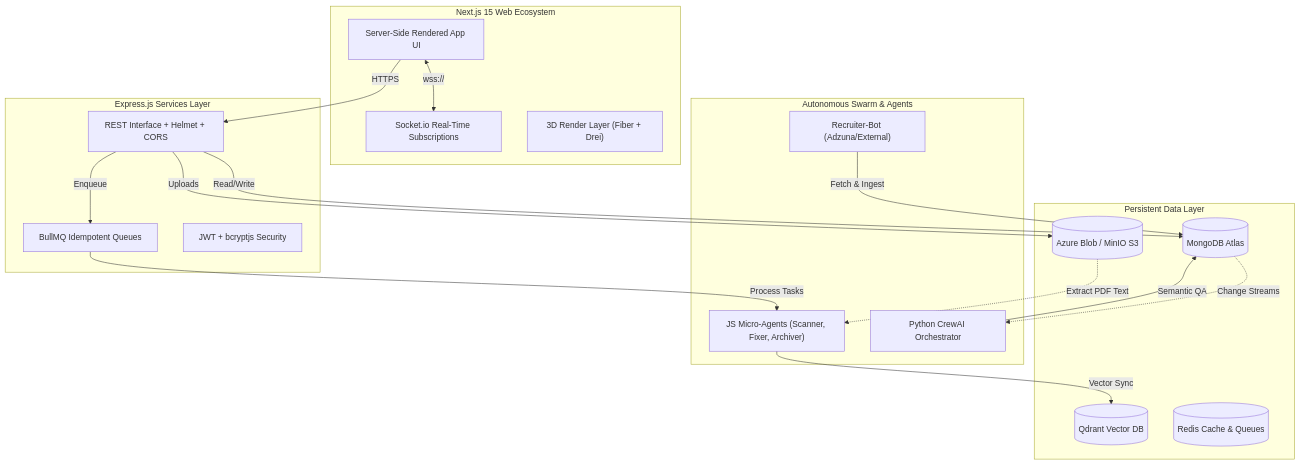
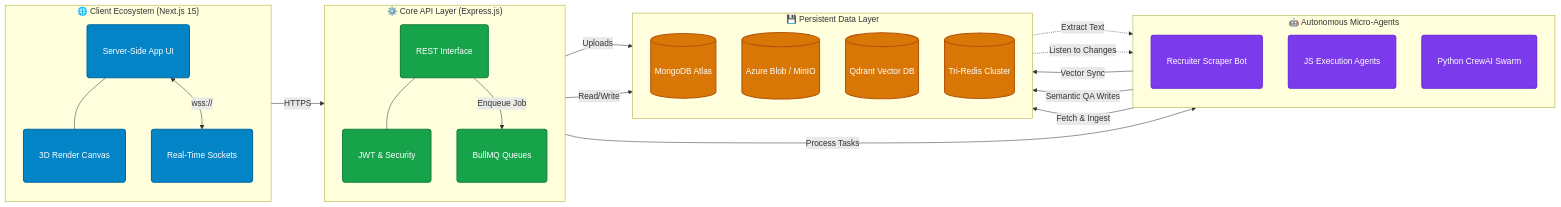
One commit to soumik2441139/hackathon changed the first of 2 diagrams in README.md. Above: the diagram before and after it, drawn with Mermaid.

Commit message:
docs: overhaul main architecture diagram to LR flow with visual spatial grouping

````diff
--- a/README.md
+++ b/README.md
@@ -33,39 +33,56 @@
 ```mermaid
-graph TD
-    subgraph Client ["Next.js 15 Web Ecosystem"]
-        Frontend["Server-Side Rendered App UI"]
-        WebSocket["Socket.io Real-Time Subscriptions"]
-        ThreeJS["3D Render Layer (Fiber + Drei)"]
+flowchart LR
+    %% Aesthetics
+    classDef client fill:#0284c7,stroke:#0369a1,stroke-width:2px,color:#fff,rx:5px,padding:10px;
+    classDef backend fill:#16a34a,stroke:#15803d,stroke-width:2px,color:#fff,rx:5px,padding:10px;
+    classDef storage fill:#d97706,stroke:#b45309,stroke-width:2px,color:#fff,rx:5px,padding:10px;
+    classDef swarm fill:#7c3aed,stroke:#6d28d9,stroke-width:2px,color:#fff,rx:5px,padding:10px;
+
+    subgraph Client ["🌐 Client Ecosystem (Next.js 15)"]
+        direction TB
+        UI["Server-Side App UI"]:::client
+        WS["Real-Time Sockets"]:::client
+        Three["3D Render Canvas"]:::client
+        UI --- Three
+        UI <-->|"wss://"| WS
     end
 
-    subgraph Backend ["Express.js Services Layer"]
-        API["REST Interface + Helmet + CORS"]
-        BullMQ["BullMQ Idempotent Queues"]
-        Auth["JWT + bcryptjs Security"]
+    subgraph Backend ["⚙️ Core API Layer (Express.js)"]
+        direction TB
+        API["REST Interface"]:::backend
+        Auth["JWT & Security"]:::backend
+        Queue["BullMQ Queues"]:::backend
+        API --- Auth
     end
 
-    subgraph Swarm ["Autonomous Swarm & Agents"]
-        JSBots["JS Micro-Agents (Scanner, Fixer, Archiver)"]
-        CrewAI["Python CrewAI Orchestrator"]
-        Recruiter["Recruiter-Bot (Adzuna/External)"]
+    subgraph Swarm ["🤖 Autonomous Micro-Agents"]
+        direction TB
+        Recruiter["Recruiter Scraper Bot"]:::swarm
+        JSBots["JS Execution Agents"]:::swarm
+        CrewAI["Python CrewAI Swarm"]:::swarm
     end
 
-    subgraph Storage ["Persistent Data Layer"]
-        Mongo[(MongoDB Atlas)]
-        Qdrant[(Qdrant Vector DB)]
-        Redis[(Redis Cache & Queues)]
-        S3[(Azure Blob / MinIO S3)]
+    subgraph Storage ["💾 Persistent Data Layer"]
+        direction TB
+        Mongo[(MongoDB Atlas)]:::storage
+        S3[(Azure Blob / MinIO)]:::storage
+        Qdrant[(Qdrant Vector DB)]:::storage
+        Redis[(Tri-Redis Cluster)]:::storage
     end
 
-    Frontend <-->|"wss://"| WebSocket
-    Frontend -->|"HTTPS"| API
+    %% Primary Data Flow - Left to Right
+    UI -->|"HTTPS"| API
+    
+    API -->|"Uploads"| S3
     API -->|"Read/Write"| Mongo
-    API -->|"Uploads"| S3
-    API -->|"Enqueue"| BullMQ
-    BullMQ -->|"Process Tasks"| JSBots
-    S3 -.->|"Extract PDF Text"| JSBots
-    Mongo -.->|"Change Streams"| CrewAI
+    API -->|"Enqueue Job"| Queue
+    
+    Queue -->|"Process Tasks"| JSBots
+    S3 -.->|"Extract Text"| JSBots
+    JSBots -->|"Vector Sync"| Qdrant
+    
+    Mongo -.->|"Listen to Changes"| CrewAI
+    CrewAI -->|"Semantic QA Writes"| Mongo
+    
     Recruiter -->|"Fetch & Ingest"| Mongo
-    JSBots -->|"Vector Sync"| Qdrant
-    CrewAI -->|"Semantic QA"| Mongo
 ```
````
